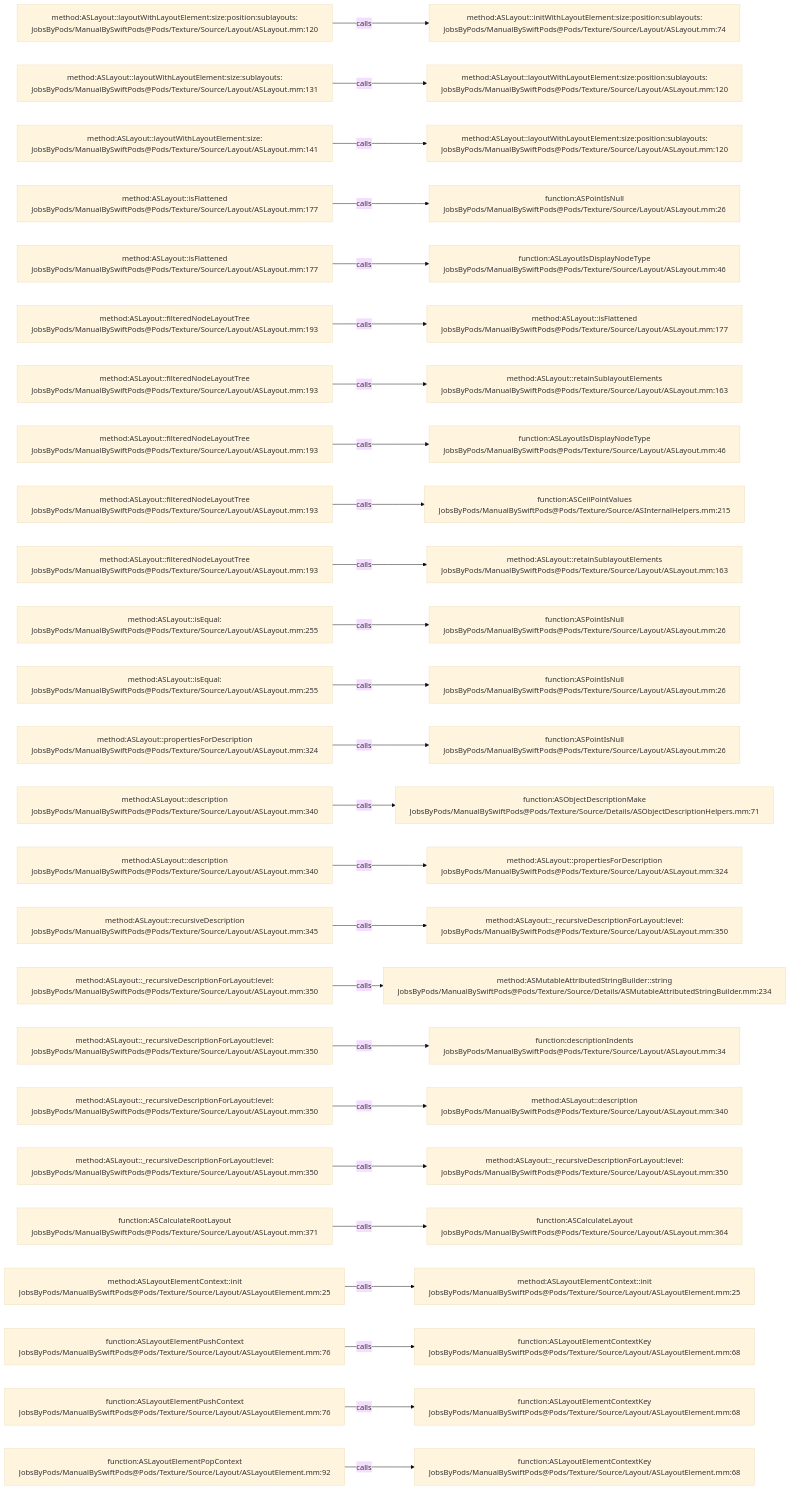
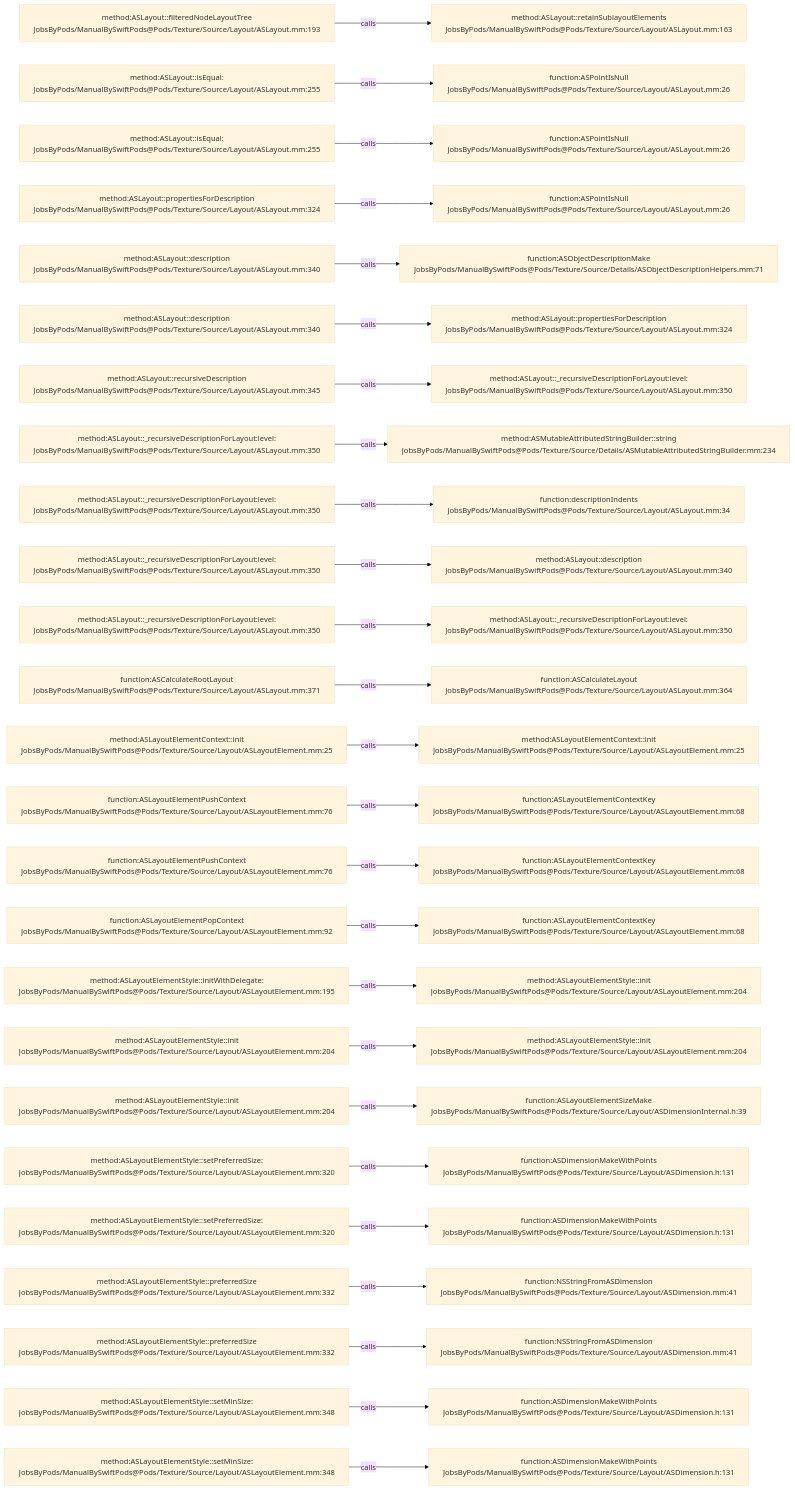
One commit to JobsKits/JobsSwiftBaseConfigDemo changed the diagram in .codegraph/codegraph.md/graphs/calls-109.md. Above: the diagram before and after it, drawn with Mermaid (base theme). The commit also changed 707 other files, not shown here.

````diff
--- a/.codegraph/codegraph.md/graphs/calls-109.md
+++ b/.codegraph/codegraph.md/graphs/calls-109.md
@@ -13,78 +13,78 @@
 ```mermaid
 flowchart LR
-  S1["method:ASLayout::layoutWithLayoutElement:size:position:sublayouts:<br/>JobsByPods/ManualBySwiftPods@Pods/Texture/Source/Layout/ASLayout.mm:120"]
-  T1["method:ASLayout::initWithLayoutElement:size:position:sublayouts:<br/>JobsByPods/ManualBySwiftPods@Pods/Texture/Source/Layout/ASLayout.mm:74"]
+  S1["method:ASLayout::filteredNodeLayoutTree<br/>JobsByPods/ManualBySwiftPods@Pods/Texture/Source/Layout/ASLayout.mm:193"]
+  T1["method:ASLayout::retainSublayoutElements<br/>JobsByPods/ManualBySwiftPods@Pods/Texture/Source/Layout/ASLayout.mm:163"]
   S1 -->|calls| T1
-  S2["method:ASLayout::layoutWithLayoutElement:size:sublayouts:<br/>JobsByPods/ManualBySwiftPods@Pods/Texture/Source/Layout/ASLayout.mm:131"]
-  T2["method:ASLayout::layoutWithLayoutElement:size:position:sublayouts:<br/>JobsByPods/ManualBySwiftPods@Pods/Texture/Source/Layout/ASLayout.mm:120"]
+  S2["method:ASLayout::isEqual:<br/>JobsByPods/ManualBySwiftPods@Pods/Texture/Source/Layout/ASLayout.mm:255"]
+  T2["function:ASPointIsNull<br/>JobsByPods/ManualBySwiftPods@Pods/Texture/Source/Layout/ASLayout.mm:26"]
   S2 -->|calls| T2
-  S3["method:ASLayout::layoutWithLayoutElement:size:<br/>JobsByPods/ManualBySwiftPods@Pods/Texture/Source/Layout/ASLayout.mm:141"]
-  T3["method:ASLayout::layoutWithLayoutElement:size:position:sublayouts:<br/>JobsByPods/ManualBySwiftPods@Pods/Texture/Source/Layout/ASLayout.mm:120"]
+  S3["method:ASLayout::isEqual:<br/>JobsByPods/ManualBySwiftPods@Pods/Texture/Source/Layout/ASLayout.mm:255"]
+  T3["function:ASPointIsNull<br/>JobsByPods/ManualBySwiftPods@Pods/Texture/Source/Layout/ASLayout.mm:26"]
   S3 -->|calls| T3
-  S4["method:ASLayout::isFlattened<br/>JobsByPods/ManualBySwiftPods@Pods/Texture/Source/Layout/ASLayout.mm:177"]
+  S4["method:ASLayout::propertiesForDescription<br/>JobsByPods/ManualBySwiftPods@Pods/Texture/Source/Layout/ASLayout.mm:324"]
   T4["function:ASPointIsNull<br/>JobsByPods/ManualBySwiftPods@Pods/Texture/Source/Layout/ASLayout.mm:26"]
   S4 -->|calls| T4
-  S5["method:ASLayout::isFlattened<br/>JobsByPods/ManualBySwiftPods@Pods/Texture/Source/Layout/ASLayout.mm:177"]
-  T5["function:ASLayoutIsDisplayNodeType<br/>JobsByPods/ManualBySwiftPods@Pods/Texture/Source/Layout/ASLayout.mm:46"]
+  S5["method:ASLayout::description<br/>JobsByPods/ManualBySwiftPods@Pods/Texture/Source/Layout/ASLayout.mm:340"]
+  T5["function:ASObjectDescriptionMake<br/>JobsByPods/ManualBySwiftPods@Pods/Texture/Source/Details/ASObjectDescriptionHelpers.mm:71"]
   S5 -->|calls| T5
-  S6["method:ASLayout::filteredNodeLayoutTree<br/>JobsByPods/ManualBySwiftPods@Pods/Texture/Source/Layout/ASLayout.mm:193"]
-  T6["method:ASLayout::isFlattened<br/>JobsByPods/ManualBySwiftPods@Pods/Texture/Source/Layout/ASLayout.mm:177"]
+  S6["method:ASLayout::description<br/>JobsByPods/ManualBySwiftPods@Pods/Texture/Source/Layout/ASLayout.mm:340"]
+  T6["method:ASLayout::propertiesForDescription<br/>JobsByPods/ManualBySwiftPods@Pods/Texture/Source/Layout/ASLayout.mm:324"]
   S6 -->|calls| T6
-  S7["method:ASLayout::filteredNodeLayoutTree<br/>JobsByPods/ManualBySwiftPods@Pods/Texture/Source/Layout/ASLayout.mm:193"]
-  T7["method:ASLayout::retainSublayoutElements<br/>JobsByPods/ManualBySwiftPods@Pods/Texture/Source/Layout/ASLayout.mm:163"]
+  S7["method:ASLayout::recursiveDescription<br/>JobsByPods/ManualBySwiftPods@Pods/Texture/Source/Layout/ASLayout.mm:345"]
+  T7["method:ASLayout::_recursiveDescriptionForLayout:level:<br/>JobsByPods/ManualBySwiftPods@Pods/Texture/Source/Layout/ASLayout.mm:350"]
   S7 -->|calls| T7
-  S8["method:ASLayout::filteredNodeLayoutTree<br/>JobsByPods/ManualBySwiftPods@Pods/Texture/Source/Layout/ASLayout.mm:193"]
-  T8["function:ASLayoutIsDisplayNodeType<br/>JobsByPods/ManualBySwiftPods@Pods/Texture/Source/Layout/ASLayout.mm:46"]
+  S8["method:ASLayout::_recursiveDescriptionForLayout:level:<br/>JobsByPods/ManualBySwiftPods@Pods/Texture/Source/Layout/ASLayout.mm:350"]
+  T8["method:ASMutableAttributedStringBuilder::string<br/>JobsByPods/ManualBySwiftPods@Pods/Texture/Source/Details/ASMutableAttributedStringBuilder.mm:234"]
   S8 -->|calls| T8
-  S9["method:ASLayout::filteredNodeLayoutTree<br/>JobsByPods/ManualBySwiftPods@Pods/Texture/Source/Layout/ASLayout.mm:193"]
-  T9["function:ASCeilPointValues<br/>JobsByPods/ManualBySwiftPods@Pods/Texture/Source/ASInternalHelpers.mm:215"]
+  S9["method:ASLayout::_recursiveDescriptionForLayout:level:<br/>JobsByPods/ManualBySwiftPods@Pods/Texture/Source/Layout/ASLayout.mm:350"]
+  T9["function:descriptionIndents<br/>JobsByPods/ManualBySwiftPods@Pods/Texture/Source/Layout/ASLayout.mm:34"]
   S9 -->|calls| T9
-  S10["method:ASLayout::filteredNodeLayoutTree<br/>JobsByPods/ManualBySwiftPods@Pods/Texture/Source/Layout/ASLayout.mm:193"]
-  T10["method:ASLayout::retainSublayoutElements<br/>JobsByPods/ManualBySwiftPods@Pods/Texture/Source/Layout/ASLayout.mm:163"]
+  S10["method:ASLayout::_recursiveDescriptionForLayout:level:<br/>JobsByPods/ManualBySwiftPods@Pods/Texture/Source/Layout/ASLayout.mm:350"]
+  T10["method:ASLayout::description<br/>JobsByPods/ManualBySwiftPods@Pods/Texture/Source/Layout/ASLayout.mm:340"]
   S10 -->|calls| T10
-  S11["method:ASLayout::isEqual:<br/>JobsByPods/ManualBySwiftPods@Pods/Texture/Source/Layout/ASLayout.mm:255"]
-  T11["function:ASPointIsNull<br/>JobsByPods/ManualBySwiftPods@Pods/Texture/Source/Layout/ASLayout.mm:26"]
+  S11["method:ASLayout::_recursiveDescriptionForLayout:level:<br/>JobsByPods/ManualBySwiftPods@Pods/Texture/Source/Layout/ASLayout.mm:350"]
+  T11["method:ASLayout::_recursiveDescriptionForLayout:level:<br/>JobsByPods/ManualBySwiftPods@Pods/Texture/Source/Layout/ASLayout.mm:350"]
   S11 -->|calls| T11
-  S12["method:ASLayout::isEqual:<br/>JobsByPods/ManualBySwiftPods@Pods/Texture/Source/Layout/ASLayout.mm:255"]
-  T12["function:ASPointIsNull<br/>JobsByPods/ManualBySwiftPods@Pods/Texture/Source/Layout/ASLayout.mm:26"]
+  S12["function:ASCalculateRootLayout<br/>JobsByPods/ManualBySwiftPods@Pods/Texture/Source/Layout/ASLayout.mm:371"]
+  T12["function:ASCalculateLayout<br/>JobsByPods/ManualBySwiftPods@Pods/Texture/Source/Layout/ASLayout.mm:364"]
   S12 -->|calls| T12
-  S13["method:ASLayout::propertiesForDescription<br/>JobsByPods/ManualBySwiftPods@Pods/Texture/Source/Layout/ASLayout.mm:324"]
-  T13["function:ASPointIsNull<br/>JobsByPods/ManualBySwiftPods@Pods/Texture/Source/Layout/ASLayout.mm:26"]
+  S13["method:ASLayoutElementContext::init<br/>JobsByPods/ManualBySwiftPods@Pods/Texture/Source/Layout/ASLayoutElement.mm:25"]
+  T13["method:ASLayoutElementContext::init<br/>JobsByPods/ManualBySwiftPods@Pods/Texture/Source/Layout/ASLayoutElement.mm:25"]
   S13 -->|calls| T13
-  S14["method:ASLayout::description<br/>JobsByPods/ManualBySwiftPods@Pods/Texture/Source/Layout/ASLayout.mm:340"]
-  T14["function:ASObjectDescriptionMake<br/>JobsByPods/ManualBySwiftPods@Pods/Texture/Source/Details/ASObjectDescriptionHelpers.mm:71"]
+  S14["function:ASLayoutElementPushContext<br/>JobsByPods/ManualBySwiftPods@Pods/Texture/Source/Layout/ASLayoutElement.mm:76"]
+  T14["function:ASLayoutElementContextKey<br/>JobsByPods/ManualBySwiftPods@Pods/Texture/Source/Layout/ASLayoutElement.mm:68"]
   S14 -->|calls| T14
-  S15["method:ASLayout::description<br/>JobsByPods/ManualBySwiftPods@Pods/Texture/Source/Layout/ASLayout.mm:340"]
-  T15["method:ASLayout::propertiesForDescription<br/>JobsByPods/ManualBySwiftPods@Pods/Texture/Source/Layout/ASLayout.mm:324"]
+  S15["function:ASLayoutElementPushContext<br/>JobsByPods/ManualBySwiftPods@Pods/Texture/Source/Layout/ASLayoutElement.mm:76"]
+  T15["function:ASLayoutElementContextKey<br/>JobsByPods/ManualBySwiftPods@Pods/Texture/Source/Layout/ASLayoutElement.mm:68"]
   S15 -->|calls| T15
-  S16["method:ASLayout::recursiveDescription<br/>JobsByPods/ManualBySwiftPods@Pods/Texture/Source/Layout/ASLayout.mm:345"]
-  T16["method:ASLayout::_recursiveDescriptionForLayout:level:<br/>JobsByPods/ManualBySwiftPods@Pods/Texture/Source/Layout/ASLayout.mm:350"]
+  S16["function:ASLayoutElementPopContext<br/>JobsByPods/ManualBySwiftPods@Pods/Texture/Source/Layout/ASLayoutElement.mm:92"]
+  T16["function:ASLayoutElementContextKey<br/>JobsByPods/ManualBySwiftPods@Pods/Texture/Source/Layout/ASLayoutElement.mm:68"]
   S16 -->|calls| T16
-  S17["method:ASLayout::_recursiveDescriptionForLayout:level:<br/>JobsByPods/ManualBySwiftPods@Pods/Texture/Source/Layout/ASLayout.mm:350"]
-  T17["method:ASMutableAttributedStringBuilder::string<br/>JobsByPods/ManualBySwiftPods@Pods/Texture/Source/Details/ASMutableAttributedStringBuilder.mm:234"]
+  S17["method:ASLayoutElementStyle::initWithDelegate:<br/>JobsByPods/ManualBySwiftPods@Pods/Texture/Source/Layout/ASLayoutElement.mm:195"]
+  T17["method:ASLayoutElementStyle::init<br/>JobsByPods/ManualBySwiftPods@Pods/Texture/Source/Layout/ASLayoutElement.mm:204"]
   S17 -->|calls| T17
-  S18["method:ASLayout::_recursiveDescriptionForLayout:level:<br/>JobsByPods/ManualBySwiftPods@Pods/Texture/Source/Layout/ASLayout.mm:350"]
-  T18["function:descriptionIndents<br/>JobsByPods/ManualBySwiftPods@Pods/Texture/Source/Layout/ASLayout.mm:34"]
+  S18["method:ASLayoutElementStyle::init<br/>JobsByPods/ManualBySwiftPods@Pods/Texture/Source/Layout/ASLayoutElement.mm:204"]
+  T18["method:ASLayoutElementStyle::init<br/>JobsByPods/ManualBySwiftPods@Pods/Texture/Source/Layout/ASLayoutElement.mm:204"]
   S18 -->|calls| T18
-  S19["method:ASLayout::_recursiveDescriptionForLayout:level:<br/>JobsByPods/ManualBySwiftPods@Pods/Texture/Source/Layout/ASLayout.mm:350"]
-  T19["method:ASLayout::description<br/>JobsByPods/ManualBySwiftPods@Pods/Texture/Source/Layout/ASLayout.mm:340"]
+  S19["method:ASLayoutElementStyle::init<br/>JobsByPods/ManualBySwiftPods@Pods/Texture/Source/Layout/ASLayoutElement.mm:204"]
+  T19["function:ASLayoutElementSizeMake<br/>JobsByPods/ManualBySwiftPods@Pods/Texture/Source/Layout/ASDimensionInternal.h:39"]
   S19 -->|calls| T19
-  S20["method:ASLayout::_recursiveDescriptionForLayout:level:<br/>JobsByPods/ManualBySwiftPods@Pods/Texture/Source/Layout/ASLayout.mm:350"]
-  T20["method:ASLayout::_recursiveDescriptionForLayout:level:<br/>JobsByPods/ManualBySwiftPods@Pods/Texture/Source/Layout/ASLayout.mm:350"]
+  S20["method:ASLayoutElementStyle::setPreferredSize:<br/>JobsByPods/ManualBySwiftPods@Pods/Texture/Source/Layout/ASLayoutElement.mm:320"]
+  T20["function:ASDimensionMakeWithPoints<br/>JobsByPods/ManualBySwiftPods@Pods/Texture/Source/Layout/ASDimension.h:131"]
   S20 -->|calls| T20
-  S21["function:ASCalculateRootLayout<br/>JobsByPods/ManualBySwiftPods@Pods/Texture/Source/Layout/ASLayout.mm:371"]
-  T21["function:ASCalculateLayout<br/>JobsByPods/ManualBySwiftPods@Pods/Texture/Source/Layout/ASLayout.mm:364"]
+  S21["method:ASLayoutElementStyle::setPreferredSize:<br/>JobsByPods/ManualBySwiftPods@Pods/Texture/Source/Layout/ASLayoutElement.mm:320"]
+  T21["function:ASDimensionMakeWithPoints<br/>JobsByPods/ManualBySwiftPods@Pods/Texture/Source/Layout/ASDimension.h:131"]
   S21 -->|calls| T21
-  S22["method:ASLayoutElementContext::init<br/>JobsByPods/ManualBySwiftPods@Pods/Texture/Source/Layout/ASLayoutElement.mm:25"]
-  T22["method:ASLayoutElementContext::init<br/>JobsByPods/ManualBySwiftPods@Pods/Texture/Source/Layout/ASLayoutElement.mm:25"]
+  S22["method:ASLayoutElementStyle::preferredSize<br/>JobsByPods/ManualBySwiftPods@Pods/Texture/Source/Layout/ASLayoutElement.mm:332"]
+  T22["function:NSStringFromASDimension<br/>JobsByPods/ManualBySwiftPods@Pods/Texture/Source/Layout/ASDimension.mm:41"]
   S22 -->|calls| T22
-  S23["function:ASLayoutElementPushContext<br/>JobsByPods/ManualBySwiftPods@Pods/Texture/Source/Layout/ASLayoutElement.mm:76"]
-  T23["function:ASLayoutElementContextKey<br/>JobsByPods/ManualBySwiftPods@Pods/Texture/Source/Layout/ASLayoutElement.mm:68"]
+  S23["method:ASLayoutElementStyle::preferredSize<br/>JobsByPods/ManualBySwiftPods@Pods/Texture/Source/Layout/ASLayoutElement.mm:332"]
+  T23["function:NSStringFromASDimension<br/>JobsByPods/ManualBySwiftPods@Pods/Texture/Source/Layout/ASDimension.mm:41"]
   S23 -->|calls| T23
-  S24["function:ASLayoutElementPushContext<br/>JobsByPods/ManualBySwiftPods@Pods/Texture/Source/Layout/ASLayoutElement.mm:76"]
-  T24["function:ASLayoutElementContextKey<br/>JobsByPods/ManualBySwiftPods@Pods/Texture/Source/Layout/ASLayoutElement.mm:68"]
+  S24["method:ASLayoutElementStyle::setMinSize:<br/>JobsByPods/ManualBySwiftPods@Pods/Texture/Source/Layout/ASLayoutElement.mm:348"]
+  T24["function:ASDimensionMakeWithPoints<br/>JobsByPods/ManualBySwiftPods@Pods/Texture/Source/Layout/ASDimension.h:131"]
   S24 -->|calls| T24
-  S25["function:ASLayoutElementPopContext<br/>JobsByPods/ManualBySwiftPods@Pods/Texture/Source/Layout/ASLayoutElement.mm:92"]
-  T25["function:ASLayoutElementContextKey<br/>JobsByPods/ManualBySwiftPods@Pods/Texture/Source/Layout/ASLayoutElement.mm:68"]
+  S25["method:ASLayoutElementStyle::setMinSize:<br/>JobsByPods/ManualBySwiftPods@Pods/Texture/Source/Layout/ASLayoutElement.mm:348"]
+  T25["function:ASDimensionMakeWithPoints<br/>JobsByPods/ManualBySwiftPods@Pods/Texture/Source/Layout/ASDimension.h:131"]
   S25 -->|calls| T25
 ```
````
